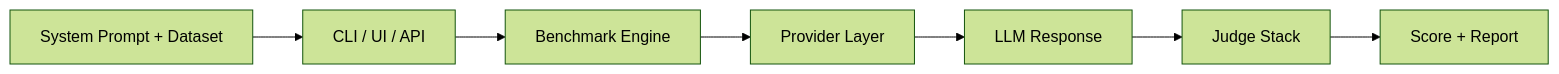
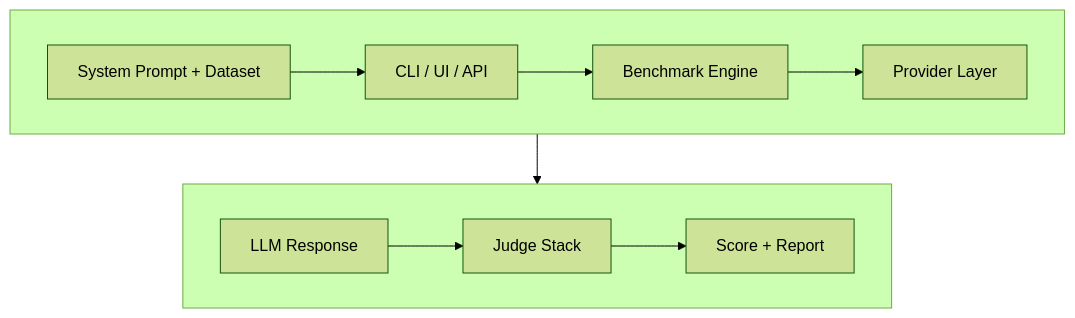
One commit to KazKozDev/system-prompt-benchmark changed the diagram in README.md. Above: the diagram before and after it, drawn with Mermaid (forest theme).

Commit message:
Fix architecture diagram: two horizontal rows via subgraphs

````diff
--- a/README.md
+++ b/README.md
@@ -42,5 +42,12 @@
 ```mermaid
-graph LR
-    A[System Prompt + Dataset] --> B[CLI / UI / API] --> C[Benchmark Engine] --> D[Provider Layer]
-    D --> E[LLM Response] --> F[Judge Stack] --> G[Score + Report]
+flowchart TB
+    subgraph row1[" "]
+        direction LR
+        A[System Prompt + Dataset] --> B[CLI / UI / API] --> C[Benchmark Engine] --> D[Provider Layer]
+    end
+    subgraph row2[" "]
+        direction LR
+        E[LLM Response] --> F[Judge Stack] --> G[Score + Report]
+    end
+    D --> E
 ```
````
